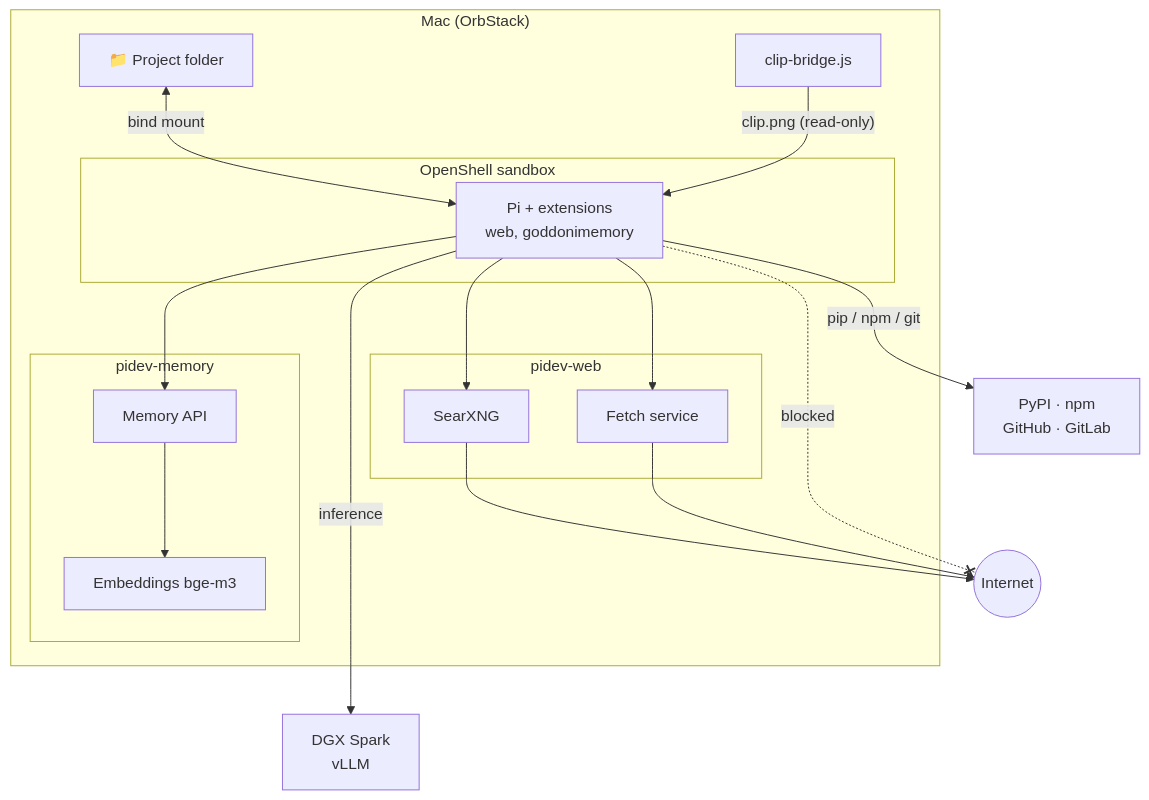
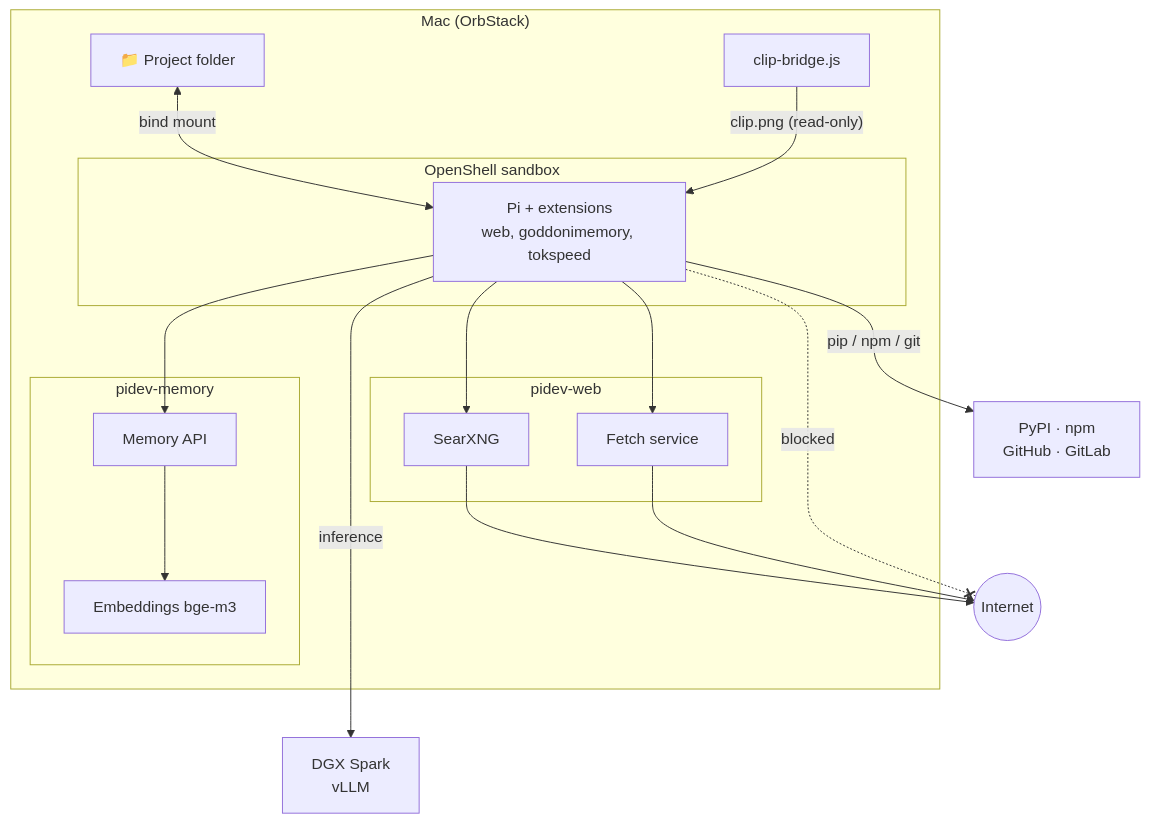
Before and after one commit to severingoddon/coding-agent: the first of 2 diagrams in README.md, drawn with Mermaid. The commit also changed other lines of this file and 3 other files, not shown here.

````diff
--- a/README.md
+++ b/README.md
@@ -12,31 +12,31 @@
 ```mermaid
 flowchart TB
   subgraph MAC["Mac (OrbStack)"]
     P["📁 Project folder"]
     subgraph SB["OpenShell sandbox"]
-      PI["Pi + extensions<br/>web, goddonimemory"]
+      PI["Pi + extensions<br/>web, goddonimemory, tokspeed"]
     end
     subgraph WEB["pidev-web"]
       SX["SearXNG"]
       FE["Fetch service"]
     end
     subgraph MEM["pidev-memory"]
       MA["Memory API"]
       ME["Embeddings bge-m3"]
     end
     CB["clip-bridge.js"]
     P <-->|bind mount| PI
     CB -->|"clip.png (read-only)"| PI
     PI --> SX
     PI --> FE
     PI --> MA --> ME
   end
   DEV["PyPI · npm<br/>GitHub · GitLab"]
   SPARK["DGX Spark<br/>vLLM"]
   NET(("Internet"))
   PI ---->|inference| SPARK
   PI -->|"pip / npm / git"| DEV
   SX --> NET
   FE --> NET
   PI -.-x|blocked| NET
 ```
````
